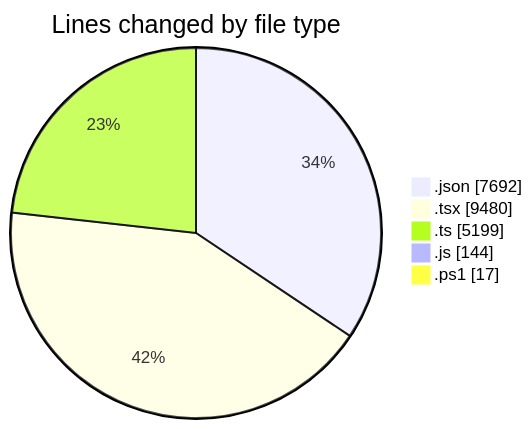
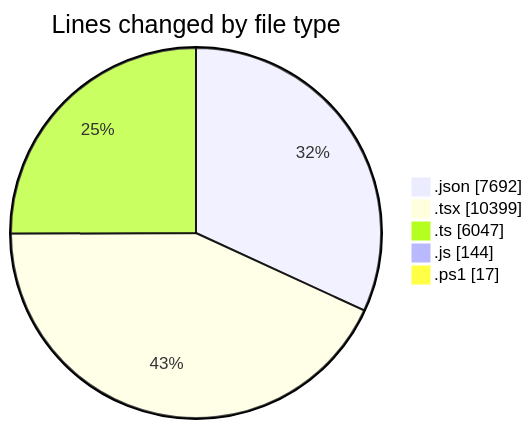
Before and after one commit to CELIANVF/code-tracking: the first of 2 diagrams in 2025-06-10/ecodeli-1/README.md, drawn with Mermaid. The commit also changed other lines of this file and 1 other file, not shown here.

````diff
--- a/2025-06-10/ecodeli-1/README.md
+++ b/2025-06-10/ecodeli-1/README.md
@@ -70,9 +75,9 @@
 ```mermaid
 pie showData
 title Lines changed by file type
 ".json" : 7692
-".tsx" : 9480
-".ts" : 5199
+".tsx" : 10399
+".ts" : 6047
 ".js" : 144
 ".ps1" : 17
 ```
````
